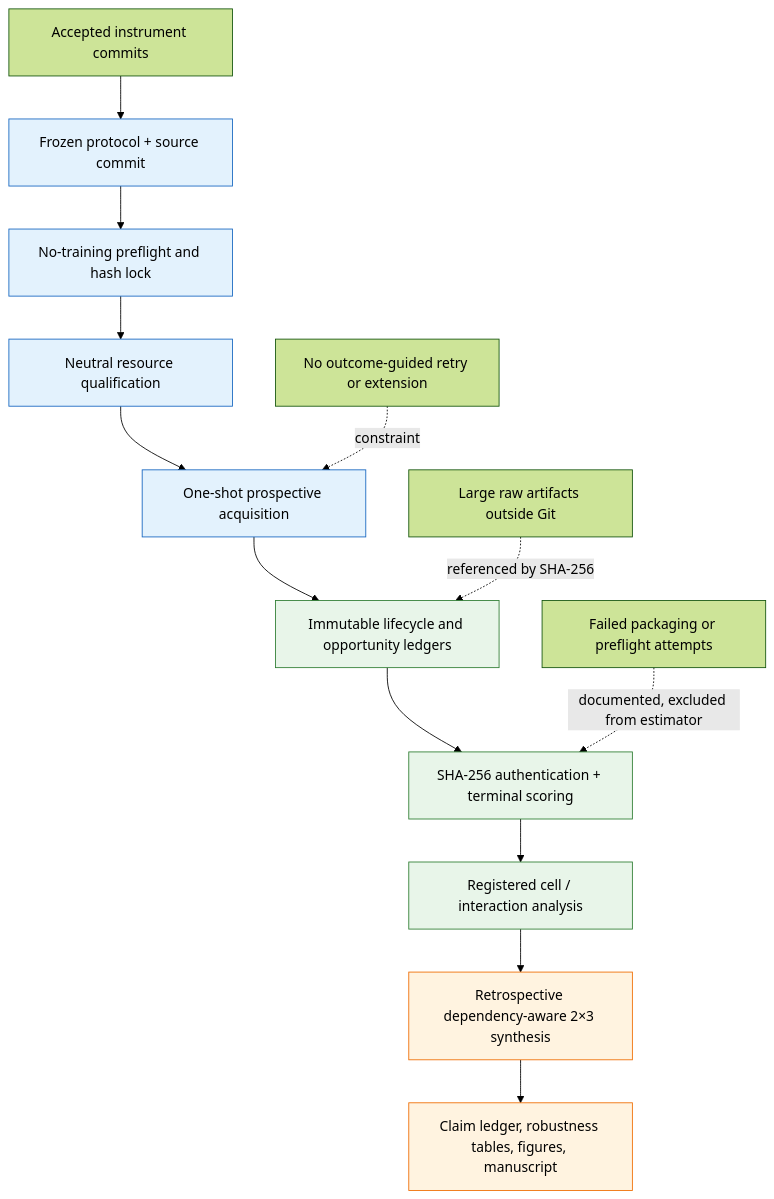
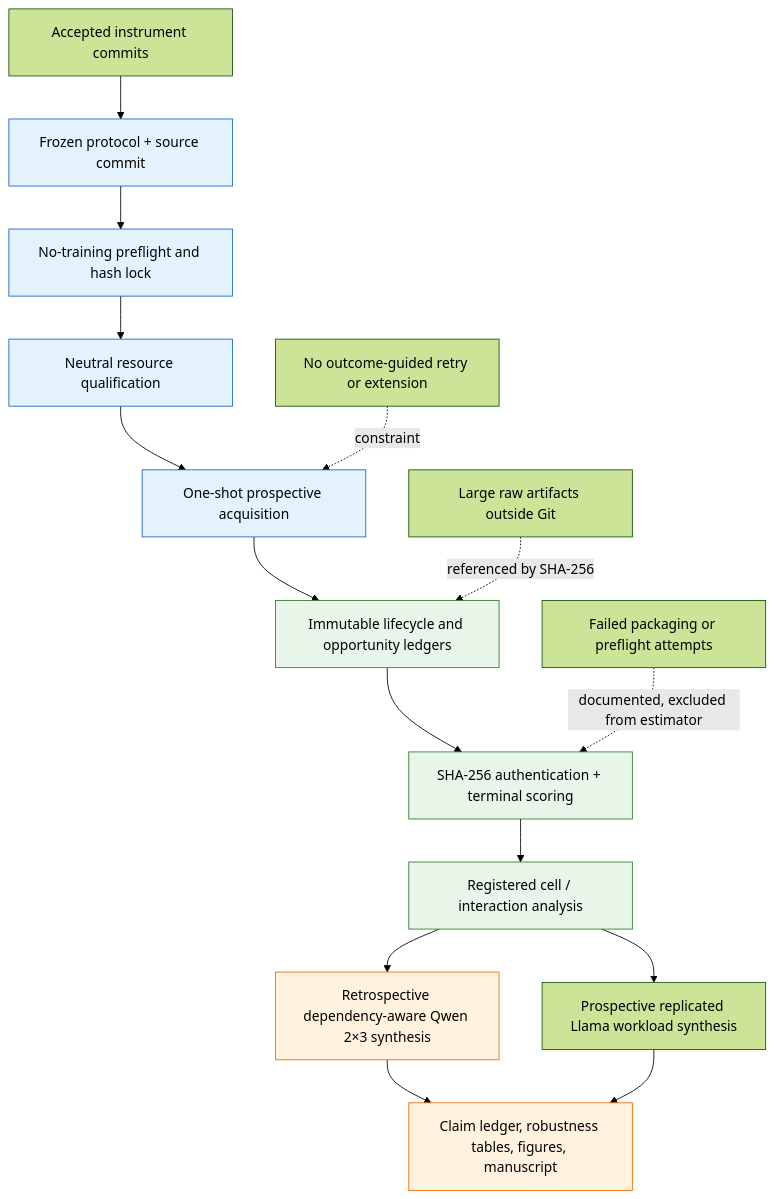
Before and after one commit to nvegesna-netizen/RL: the diagram in reports/auto_research/2026-09-08-m4-opportunity-loss-paper/provenance_diagram.md, drawn with Mermaid (forest theme). The commit also changed other lines of this file and 36 other files, not shown here.

Commit message:
docs: integrate replicated Llama M4 evidence

````diff
--- a/reports/auto_research/2026-09-08-m4-opportunity-loss-paper/provenance_diagram.md
+++ b/reports/auto_research/2026-09-08-m4-opportunity-loss-paper/provenance_diagram.md
@@ -3,23 +3,25 @@
 ```mermaid
 flowchart TD
     I[Accepted instrument commits] --> P[Frozen protocol + source commit]
     P --> F[No-training preflight and hash lock]
     F --> Q[Neutral resource qualification]
     Q --> A[One-shot prospective acquisition]
     A --> R[Immutable lifecycle and opportunity ledgers]
     R --> H[SHA-256 authentication + terminal scoring]
     H --> G[Registered cell / interaction analysis]
-    G --> S[Retrospective dependency-aware 2×3 synthesis]
+    G --> S[Retrospective dependency-aware Qwen 2×3 synthesis]
+    G --> L[Prospective replicated Llama workload synthesis]
     S --> M[Claim ledger, robustness tables, figures, manuscript]
+    L --> M
 
     X[Failed packaging or preflight attempts] -. documented, excluded from estimator .-> H
     N[No outcome-guided retry or extension] -. constraint .-> A
     Z[Large raw artifacts outside Git] -. referenced by SHA-256 .-> R
 
     classDef frozen fill:#e3f2fd,stroke:#1565c0;
     classDef evidence fill:#e8f5e9,stroke:#2e7d32;
     classDef retrospective fill:#fff3e0,stroke:#ef6c00;
     class P,F,Q,A frozen;
     class R,H,G evidence;
     class S,M retrospective;
 ```
````
